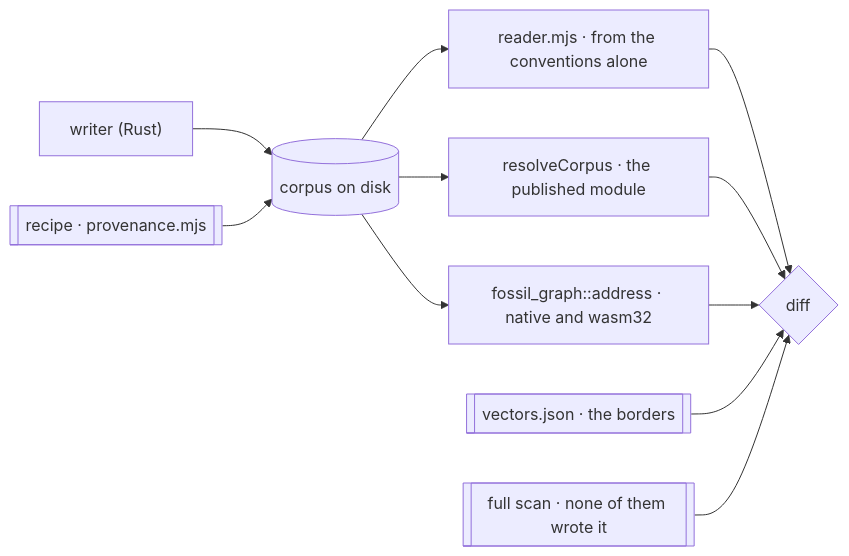
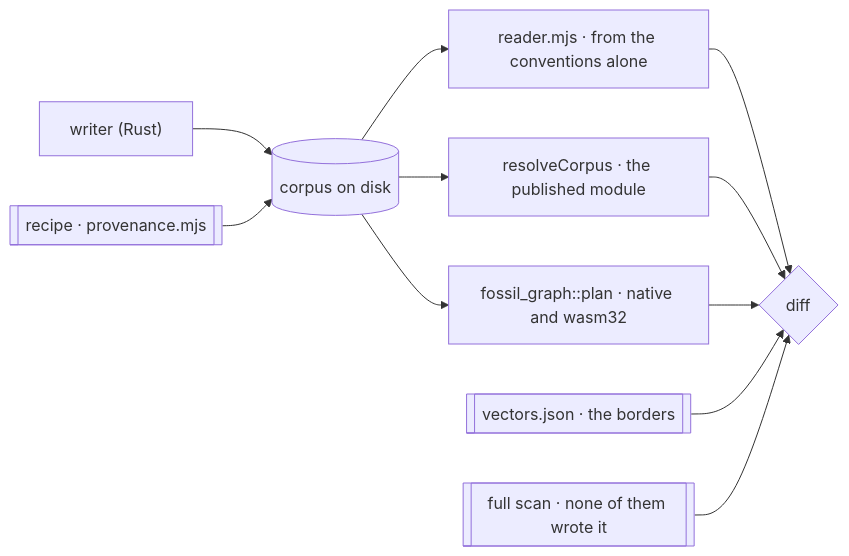
The second of 2 diagrams in apps/docs/content/docs/design/corpus.mdx (Kanzo-Tech/fossil-lang), drawn with Mermaid before and after one commit. The commit also changed other lines of this file and 7 other files, not shown here.

````diff
--- a/apps/docs/content/docs/design/corpus.mdx
+++ b/apps/docs/content/docs/design/corpus.mdx
@@ -668,13 +668,13 @@
 ```mermaid
 graph LR
   W["writer (Rust)"] --> C[("corpus on disk")]
   R[["recipe · provenance.mjs"]] --> C
   C --> JS["reader.mjs · from the conventions alone"]
   C --> TS["resolveCorpus · the published module"]
-  C --> RS["fossil_graph::address · native and wasm32"]
+  C --> RS["fossil_graph::plan · native and wasm32"]
   JS --> D{"diff"}
   TS --> D
   RS --> D
   V[["vectors.json · the borders"]] --> D
   S[["full scan · none of them wrote it"]] --> D
 ```
````
